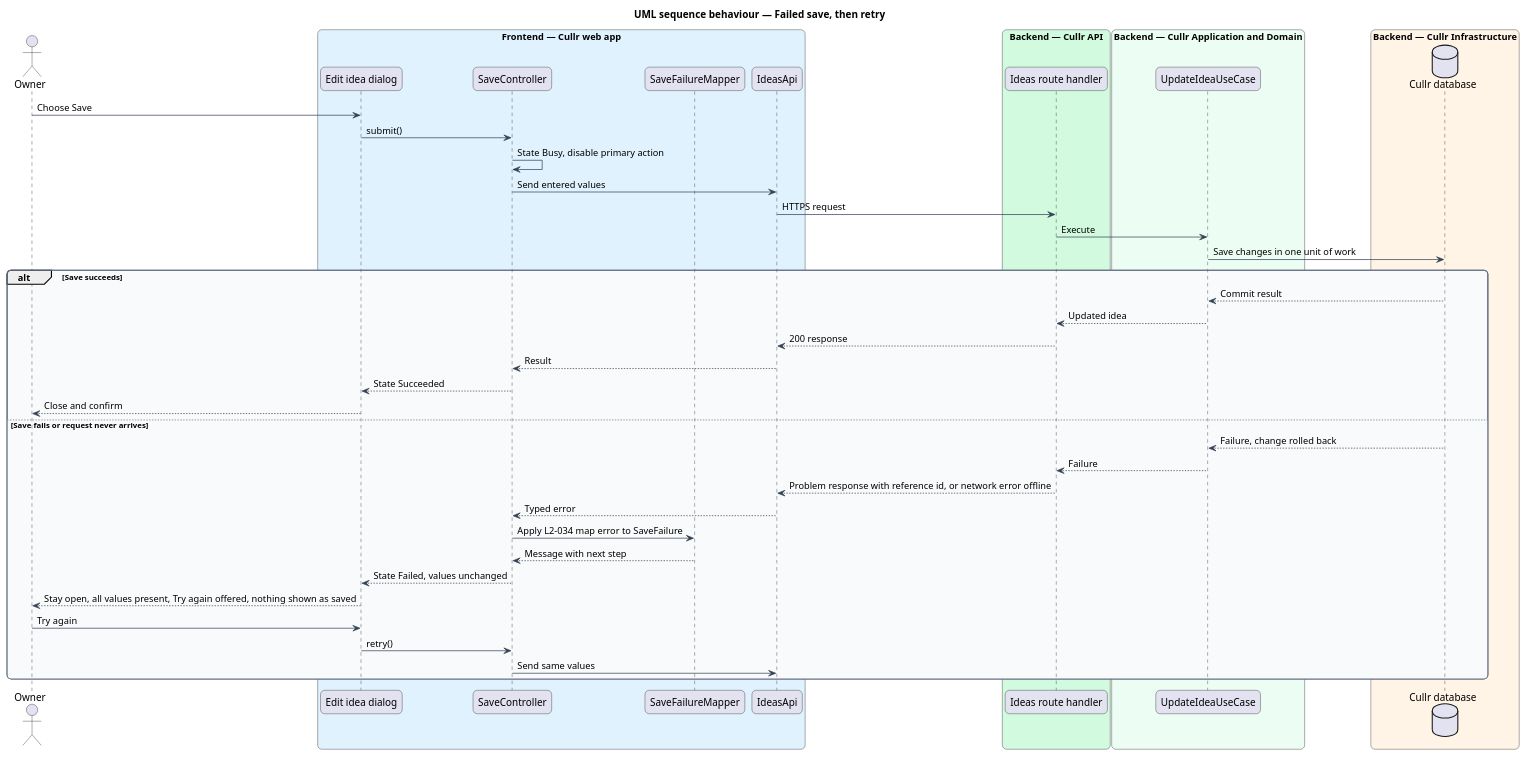
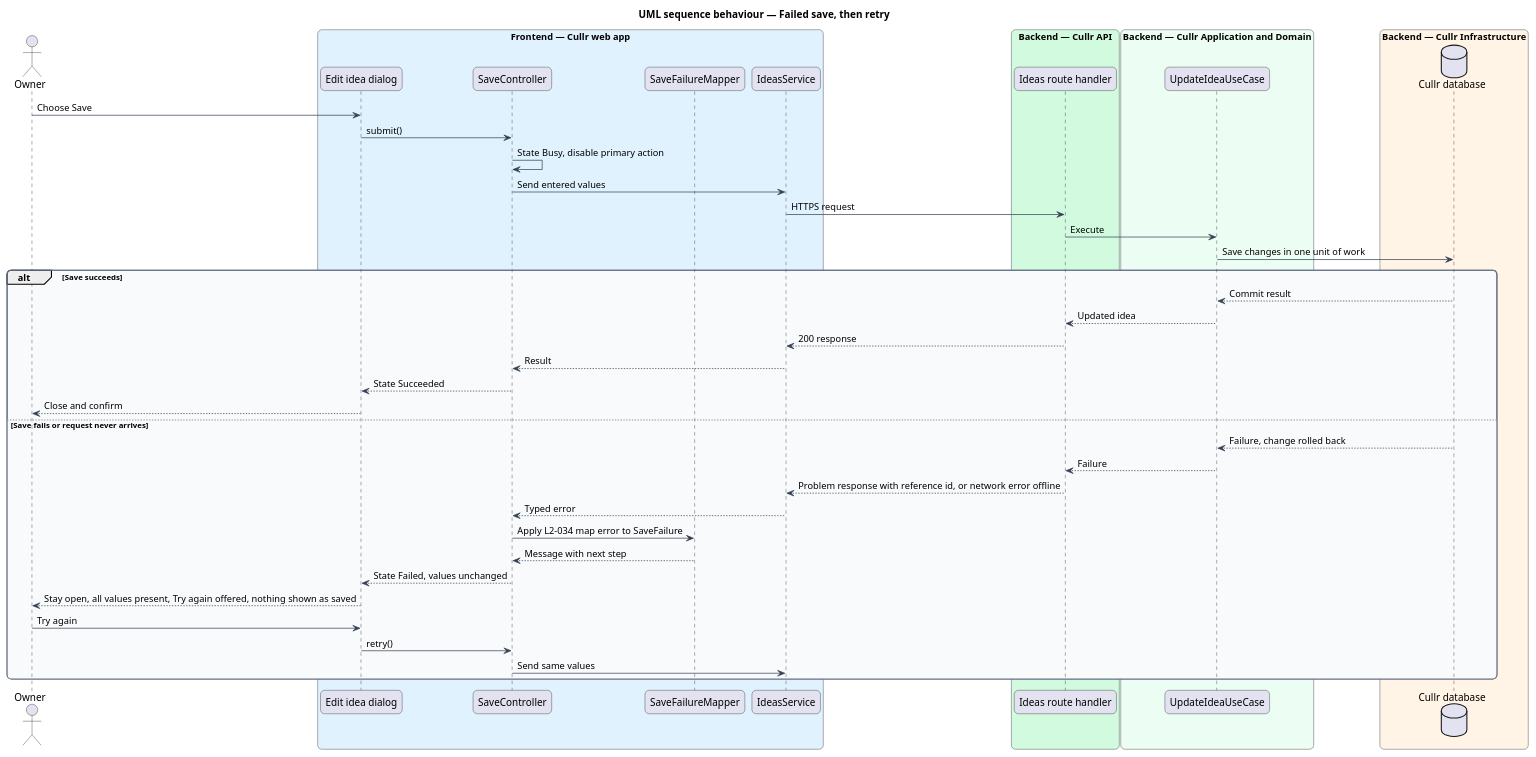
One commit to QuinntyneBrown/cullr changed the diagram in docs/detailed-designs/platform/preserve-input/diagrams/sequence-failed-save.puml. Above: the diagram before and after it, drawn with PlantUML. The commit also changed 231 other files, not shown here.

```diff
--- a/docs/detailed-designs/platform/preserve-input/diagrams/sequence-failed-save.puml
+++ b/docs/detailed-designs/platform/preserve-input/diagrams/sequence-failed-save.puml
@@ -1,60 +1,60 @@
 @startuml
 title UML sequence behaviour — Failed save, then retry
 skinparam backgroundColor #FFFFFF
 skinparam shadowing false
 skinparam roundcorner 12
 skinparam defaultFontName Arial
 skinparam ArrowColor #344054
 skinparam rectangle {
   BorderColor #344054
   FontColor #101828
 }
 skinparam package {
   BorderColor #667085
   FontColor #101828
   BackgroundColor #F9FAFB
 }
 actor "Owner" as owner
 box "Frontend — Cullr web app" #E0F2FE
   participant "Edit idea dialog" as dialog
   participant "SaveController" as ctrl
   participant "SaveFailureMapper" as mapper
-  participant "IdeasApi" as client
+  participant "IdeasService" as client
 end box
 box "Backend — Cullr API" #D1FADF
   participant "Ideas route handler" as route
 end box
 box "Backend — Cullr Application and Domain" #ECFDF3
   participant "UpdateIdeaUseCase" as uc
 end box
 box "Backend — Cullr Infrastructure" #FFF4E5
   database "Cullr database" as db
 end box
 owner -> dialog : Choose Save
 dialog -> ctrl : submit()
 ctrl -> ctrl : State Busy, disable primary action
 ctrl -> client : Send entered values
 client -> route : HTTPS request
 route -> uc : Execute
 uc -> db : Save changes in one unit of work
 alt Save succeeds
   db --> uc : Commit result
   uc --> route : Updated idea
   route --> client : 200 response
   client --> ctrl : Result
   ctrl --> dialog : State Succeeded
   dialog --> owner : Close and confirm
 else Save fails or request never arrives
   db --> uc : Failure, change rolled back
   uc --> route : Failure
   route --> client : Problem response with reference id, or network error offline
   client --> ctrl : Typed error
   ctrl -> mapper : Apply L2-034 map error to SaveFailure
   mapper --> ctrl : Message with next step
   ctrl --> dialog : State Failed, values unchanged
   dialog --> owner : Stay open, all values present, Try again offered, nothing shown as saved
   owner -> dialog : Try again
   dialog -> ctrl : retry()
   ctrl -> client : Send same values
 end
 @enduml
```
